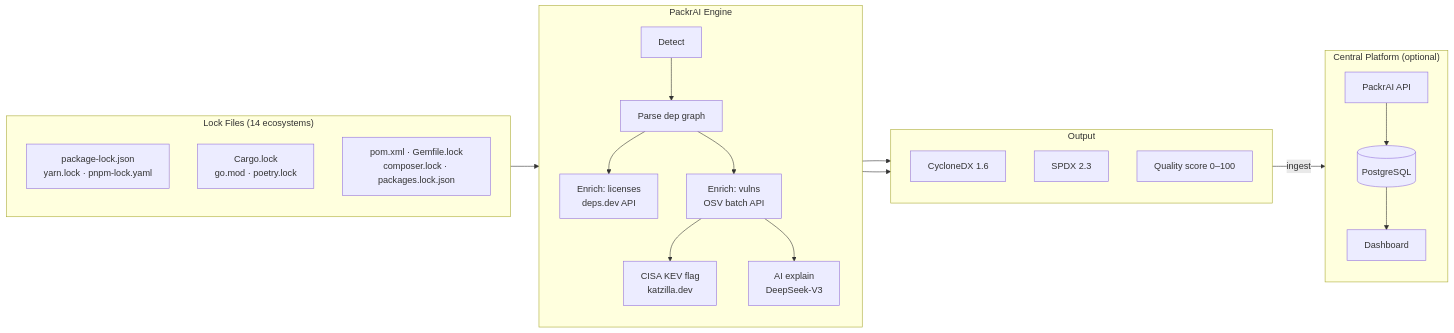
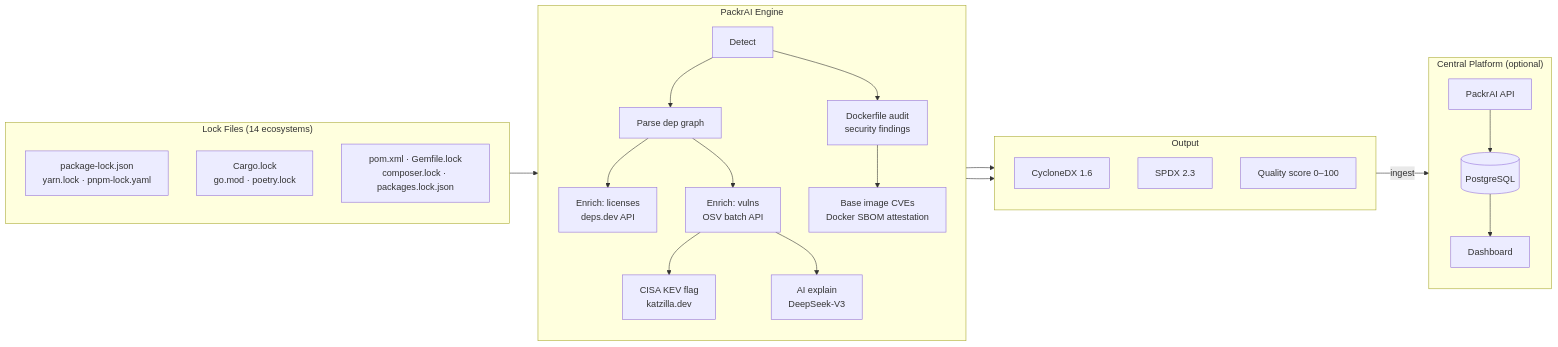
Before and after one commit to RunTimeAdmin/sbomix: the first of 2 diagrams in README.md, drawn with Mermaid. The commit also changed other lines of this file, not shown here.

First line of the commit message:
docs: update README for Dockerfile audit and base image CVE lookup

````diff
--- a/README.md
+++ b/README.md
@@ -65,37 +65,39 @@
 ```mermaid
 flowchart LR
     subgraph sources["Lock Files (14 ecosystems)"]
         direction TB
         A["package-lock.json\nyarn.lock · pnpm-lock.yaml"]
         B["Cargo.lock\ngo.mod · poetry.lock"]
         C["pom.xml · Gemfile.lock\ncomposer.lock · packages.lock.json"]
     end
 
     subgraph engine["PackrAI Engine"]
         direction TB
         D[Detect] --> E[Parse dep graph]
+        D --> DF[Dockerfile audit\nsecurity findings]
         E --> F[Enrich: licenses\ndeps.dev API]
         E --> G[Enrich: vulns\nOSV batch API]
+        DF --> BV[Base image CVEs\nDocker SBOM attestation]
         G --> N[CISA KEV flag\nkatzilla.dev]
         G --> O[AI explain\nDeepSeek-V3]
     end
 
     subgraph output["Output"]
         direction TB
         H[CycloneDX 1.6]
         I[SPDX 2.3]
         J[Quality score 0–100]
     end
 
     subgraph platform["Central Platform (optional)"]
         K[PackrAI API]
         L[(PostgreSQL)]
         M[Dashboard]
         K --> L --> M
     end
 
     sources --> engine
     F --> output
     G --> output
     output -->|ingest| platform
 ```
````
